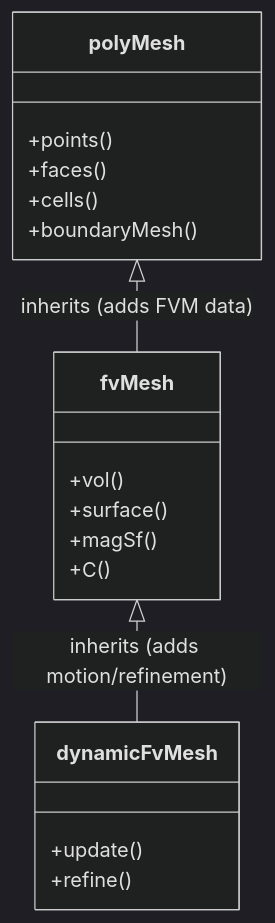
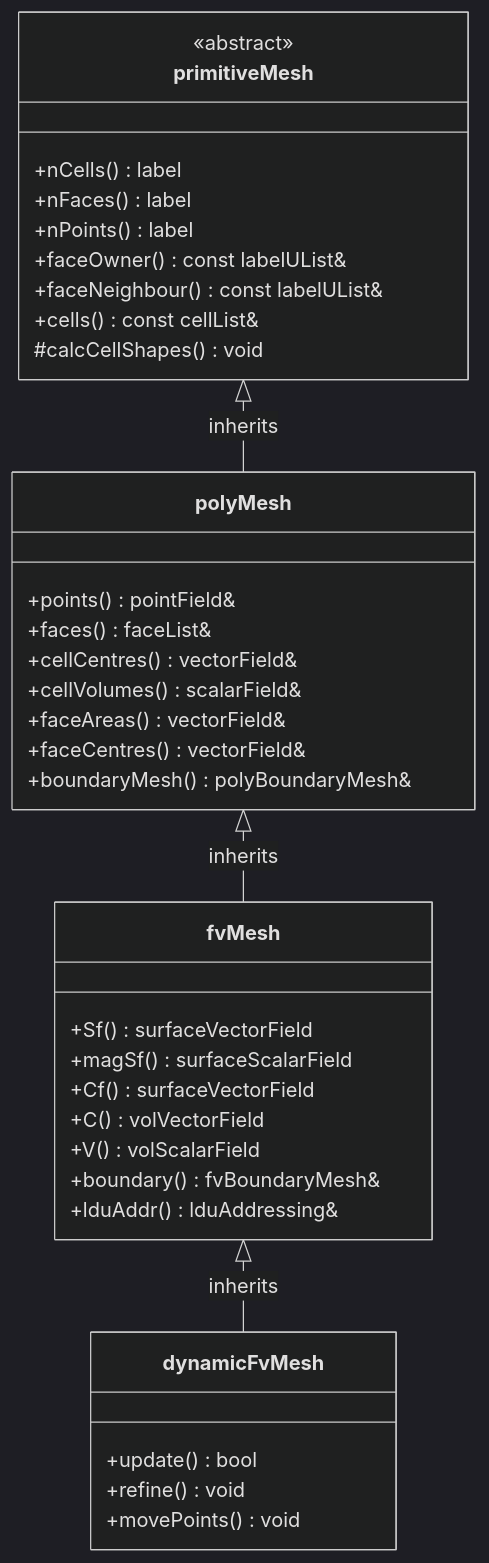
The diagram in MODULE_05_OPENFOAM_PROGRAMMING/CONTENT/04_MESH_CLASSES/02_Mesh_Hierarchy.md (wramet/build-my-cfd), drawn with Mermaid (dark theme) before and after one commit. The commit also changed other lines of this file and 124 other files, not shown here.

````diff
--- a/MODULE_05_OPENFOAM_PROGRAMMING/CONTENT/04_MESH_CLASSES/02_Mesh_Hierarchy.md
+++ b/MODULE_05_OPENFOAM_PROGRAMMING/CONTENT/04_MESH_CLASSES/02_Mesh_Hierarchy.md
@@ -20,22 +33,43 @@
 ```mermaid
 classDiagram
-    class polyMesh {
-        +points()
-        +faces()
-        +cells()
-        +boundaryMesh()
-    }
-    class fvMesh {
-        +vol()
-        +surface()
-        +magSf()
-        +C()
-    }
-    class dynamicFvMesh {
-        +update()
-        +refine()
+    class primitiveMesh {
+        <<abstract>>
+        +nCells() label
+        +nFaces() label
+        +nPoints() label
+        +faceOwner() const labelUList&
+        +faceNeighbour() const labelUList&
+        +cells() const cellList&
+        #calcCellShapes() void
     }
     
-    polyMesh <|-- fvMesh : inherits (adds FVM data)
-    fvMesh <|-- dynamicFvMesh : inherits (adds motion/refinement)
+    class polyMesh {
+        +points() pointField&
+        +faces() faceList&
+        +cellCentres() vectorField&
+        +cellVolumes() scalarField&
+        +faceAreas() vectorField&
+        +faceCentres() vectorField&
+        +boundaryMesh() polyBoundaryMesh&
+    }
+    
+    class fvMesh {
+        +Sf() surfaceVectorField
+        +magSf() surfaceScalarField
+        +Cf() surfaceVectorField
+        +C() volVectorField
+        +V() volScalarField
+        +boundary() fvBoundaryMesh&
+        +lduAddr() lduAddressing&
+    }
+    
+    class dynamicFvMesh {
+        +update() bool
+        +refine() void
+        +movePoints() void
+    }
+    
+    primitiveMesh <|-- polyMesh : inherits
+    polyMesh <|-- fvMesh : inherits
+    fvMesh <|-- dynamicFvMesh : inherits
 ```
````
